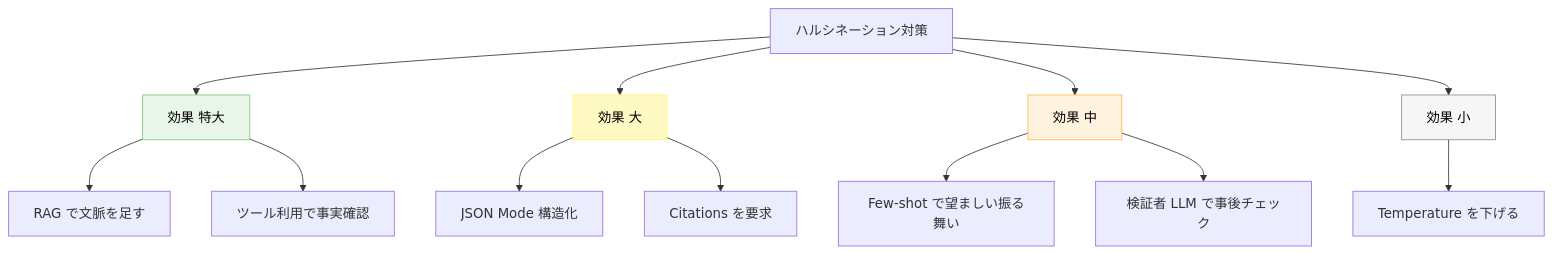
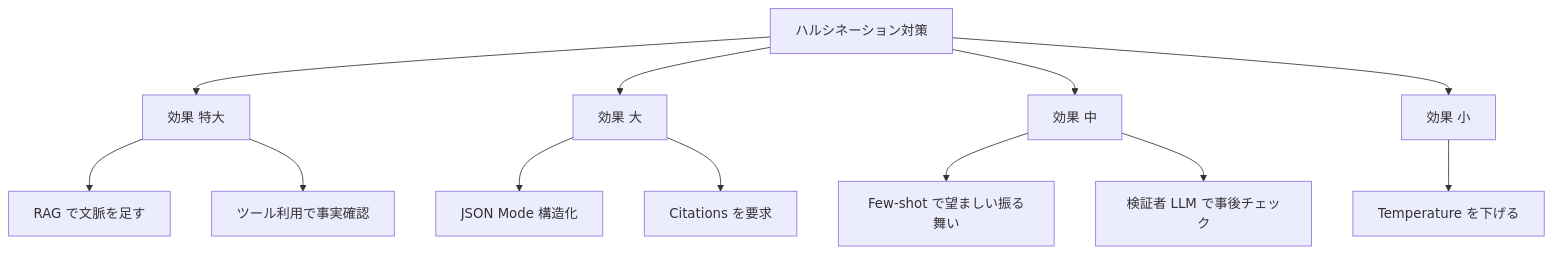
Before and after one commit to dinekt/dinekt-wiki: the first of 3 diagrams in docs/techniques/ハルシネーションを抑える-7-つの手法.md, drawn with Mermaid. The commit also changed other lines of this file and 70 other files, not shown here.

First line of the commit message:
fix(mermaid): strip all inline styling, rely on theme

````diff
--- a/docs/techniques/ハルシネーションを抑える-7-つの手法.md
+++ b/docs/techniques/ハルシネーションを抑える-7-つの手法.md
@@ -23,19 +23,15 @@
 ```mermaid
 flowchart TD
     H[ハルシネーション対策] --> L1[効果 特大]
     H --> L2[効果 大]
     H --> L3[効果 中]
     H --> L4[効果 小]
     L1 --> R[RAG で文脈を足す]
     L1 --> T[ツール利用で事実確認]
     L2 --> J[JSON Mode 構造化]
     L2 --> C[Citations を要求]
     L3 --> F[Few-shot で望ましい振る舞い]
     L3 --> V[検証者 LLM で事後チェック]
     L4 --> TE[Temperature を下げる]
 
-    style L1 fill:#e8f5e9,stroke:#81c784,color:#000
-    style L2 fill:#fff9c4,stroke:#fff176,color:#000
-    style L3 fill:#fff3e0,stroke:#ffb74d,color:#000
-    style L4 fill:#f6f6f6,stroke:#8a8a8a,color:#000
 ```
````
